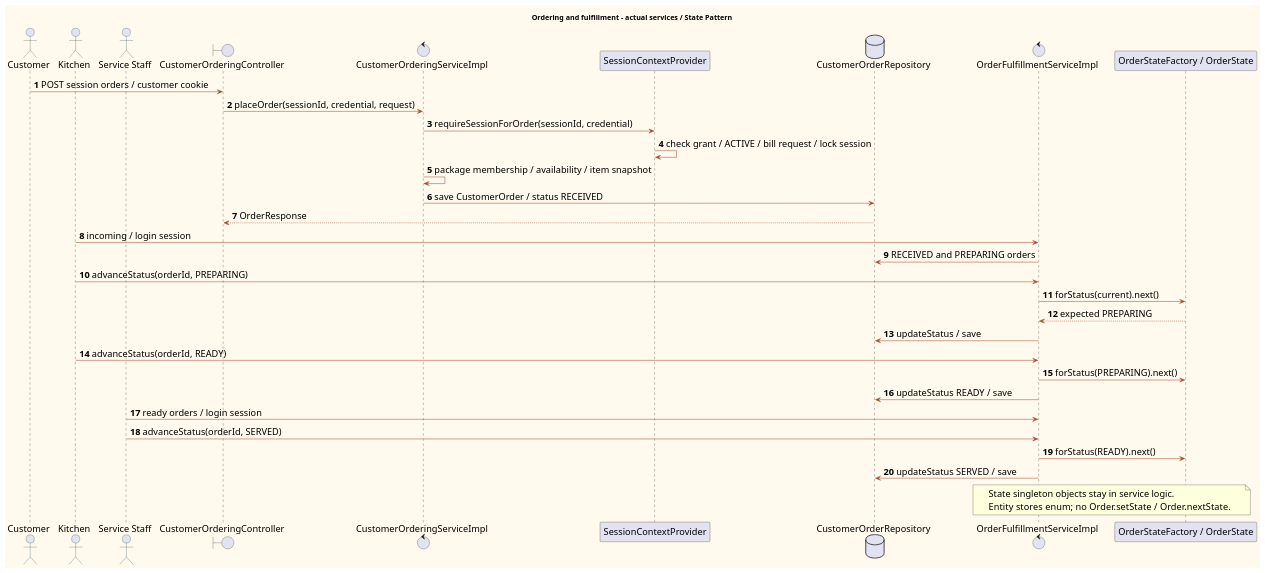
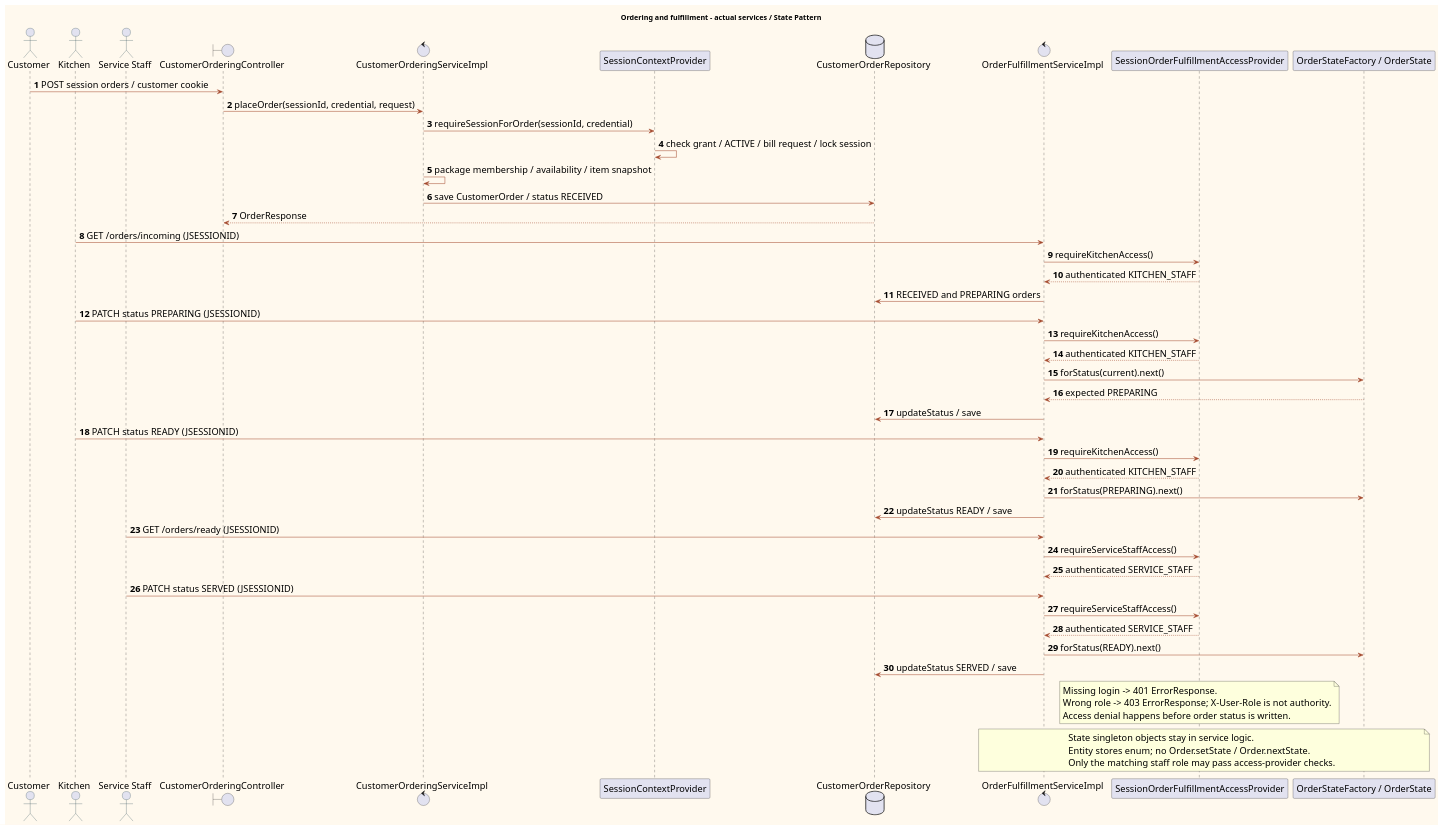
One commit to PavaritPramual/buffet-restaurant-management-system changed the diagram in doc/diagrams/sequence-ordering-kitchen.puml. Above: the diagram before and after it, drawn with PlantUML. The commit also changed 48 other files, not shown here.

```diff
--- a/doc/diagrams/sequence-ordering-kitchen.puml
+++ b/doc/diagrams/sequence-ordering-kitchen.puml
@@ -1,49 +1,66 @@
 @startuml
 !pragma layout smetana
 skinparam shadowing false
 skinparam backgroundColor #FFF9EE
 skinparam defaultFontName Tahoma
 skinparam defaultFontSize 18
 skinparam classAttributeIconSize 0
 skinparam ArrowColor #A54A2E
 skinparam classBackgroundColor #FFF9EE
 skinparam classBorderColor #173A45
 skinparam actorBorderColor #173A45
 skinparam usecaseBackgroundColor #F2E6D4
 skinparam usecaseBorderColor #A54A2E
 title Ordering and fulfillment - actual services / State Pattern
 autonumber
 actor Customer
 actor Kitchen
 actor "Service Staff" as Staff
 boundary "CustomerOrderingController" as C
 control "CustomerOrderingServiceImpl" as S
 participant "SessionContextProvider" as P
 database "CustomerOrderRepository" as R
 control "OrderFulfillmentServiceImpl" as F
+participant "SessionOrderFulfillmentAccessProvider" as Access
 participant "OrderStateFactory / OrderState" as State
 Customer -> C : POST session orders / customer cookie
 C -> S : placeOrder(sessionId, credential, request)
 S -> P : requireSessionForOrder(sessionId, credential)
 P -> P : check grant / ACTIVE / bill request / lock session
 S -> S : package membership / availability / item snapshot
 S -> R : save CustomerOrder / status RECEIVED
 R --> C : OrderResponse
-Kitchen -> F : incoming / login session
+Kitchen -> F : GET /orders/incoming (JSESSIONID)
+F -> Access : requireKitchenAccess()
+Access --> F : authenticated KITCHEN_STAFF
 F -> R : RECEIVED and PREPARING orders
-Kitchen -> F : advanceStatus(orderId, PREPARING)
+Kitchen -> F : PATCH status PREPARING (JSESSIONID)
+F -> Access : requireKitchenAccess()
+Access --> F : authenticated KITCHEN_STAFF
 F -> State : forStatus(current).next()
 State --> F : expected PREPARING
 F -> R : updateStatus / save
-Kitchen -> F : advanceStatus(orderId, READY)
+Kitchen -> F : PATCH status READY (JSESSIONID)
+F -> Access : requireKitchenAccess()
+Access --> F : authenticated KITCHEN_STAFF
 F -> State : forStatus(PREPARING).next()
 F -> R : updateStatus READY / save
-Staff -> F : ready orders / login session
-Staff -> F : advanceStatus(orderId, SERVED)
+Staff -> F : GET /orders/ready (JSESSIONID)
+F -> Access : requireServiceStaffAccess()
+Access --> F : authenticated SERVICE_STAFF
+Staff -> F : PATCH status SERVED (JSESSIONID)
+F -> Access : requireServiceStaffAccess()
+Access --> F : authenticated SERVICE_STAFF
 F -> State : forStatus(READY).next()
 F -> R : updateStatus SERVED / save
+note over Access
+Missing login -> 401 ErrorResponse.
+Wrong role -> 403 ErrorResponse; X-User-Role is not authority.
+Access denial happens before order status is written.
+end note
 note over F,State
 State singleton objects stay in service logic.
 Entity stores enum; no Order.setState / Order.nextState.
+Only the matching staff role may pass access-provider checks.
 end note
 @enduml
```
